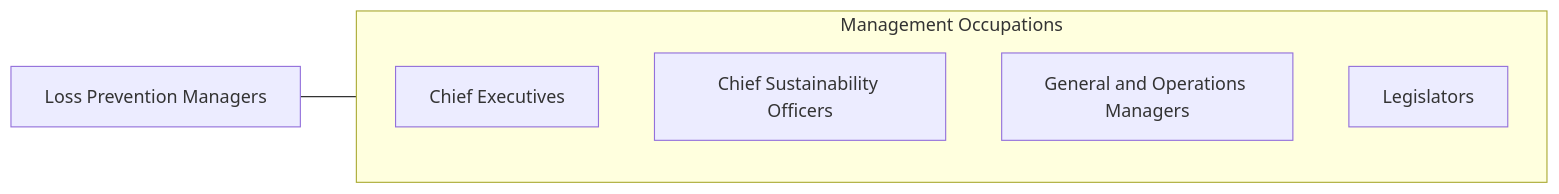
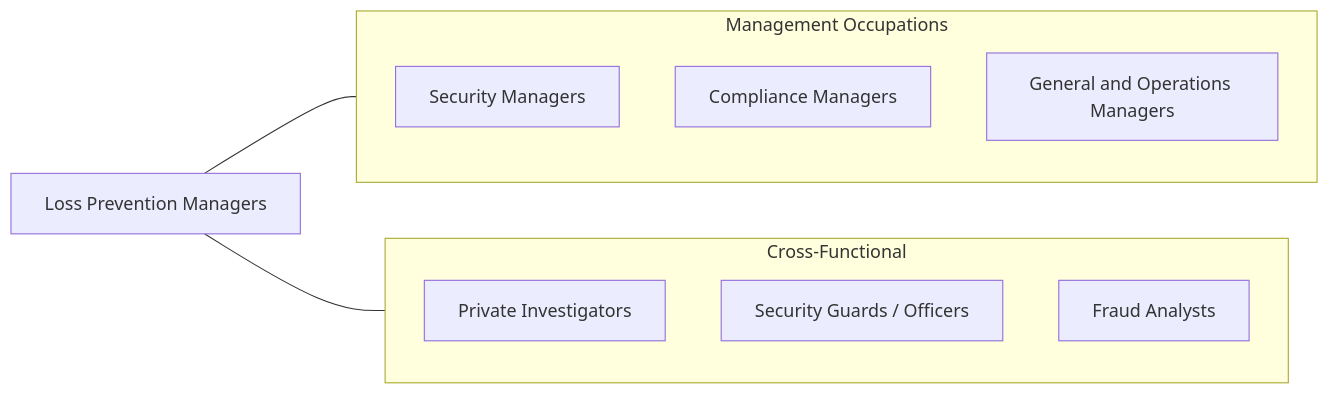
Before and after one commit to kziemski/business.org.ai: the fourth of 4 diagrams in occupations/Management/LossPreventionManagers.mdx, drawn with Mermaid. The commit also changed other lines of this file and 938 other files, not shown here.

````diff
--- a/occupations/Management/LossPreventionManagers.mdx
+++ b/occupations/Management/LossPreventionManagers.mdx
@@ -114,13 +164,19 @@
 ```mermaid
 graph LR
-    Current["Loss Prevention Managers"]
+    LPM["Loss Prevention Managers"]
 
     subgraph SameCategory["Management Occupations"]
-        ChiefExecutives["Chief Executives"]
-        ChiefSustainabilityO["Chief Sustainability Officers"]
-        GeneralAndOperations["General and Operations Managers"]
-        Legislators["Legislators"]
+        SM["Security Managers"]
+        CM["Compliance Managers"]
+        GOps["General and Operations Managers"]
     end
 
-    Current --- SameCategory
+    subgraph CrossFunctional["Cross-Functional"]
+        PI["Private Investigators"]
+        SA["Security Guards / Officers"]
+        FA["Fraud Analysts"]
+    end
+
+    LPM --- SameCategory
+    LPM --- CrossFunctional
 ```
````
